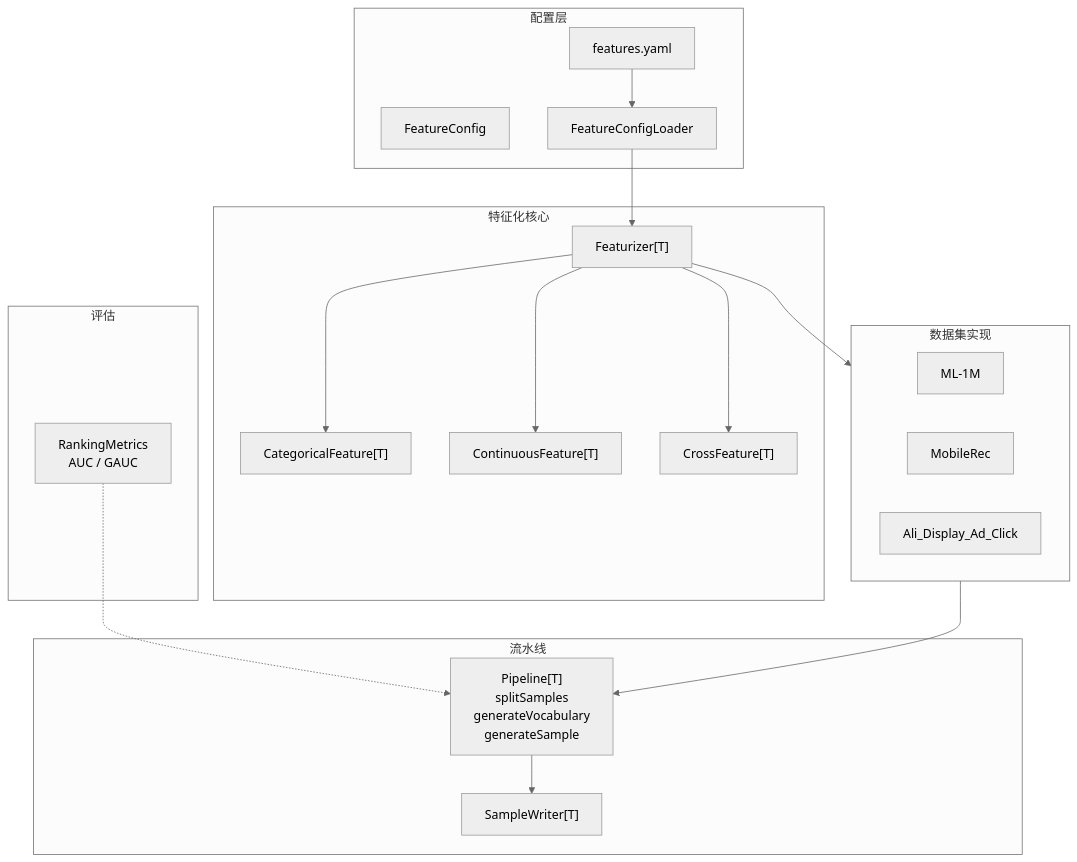
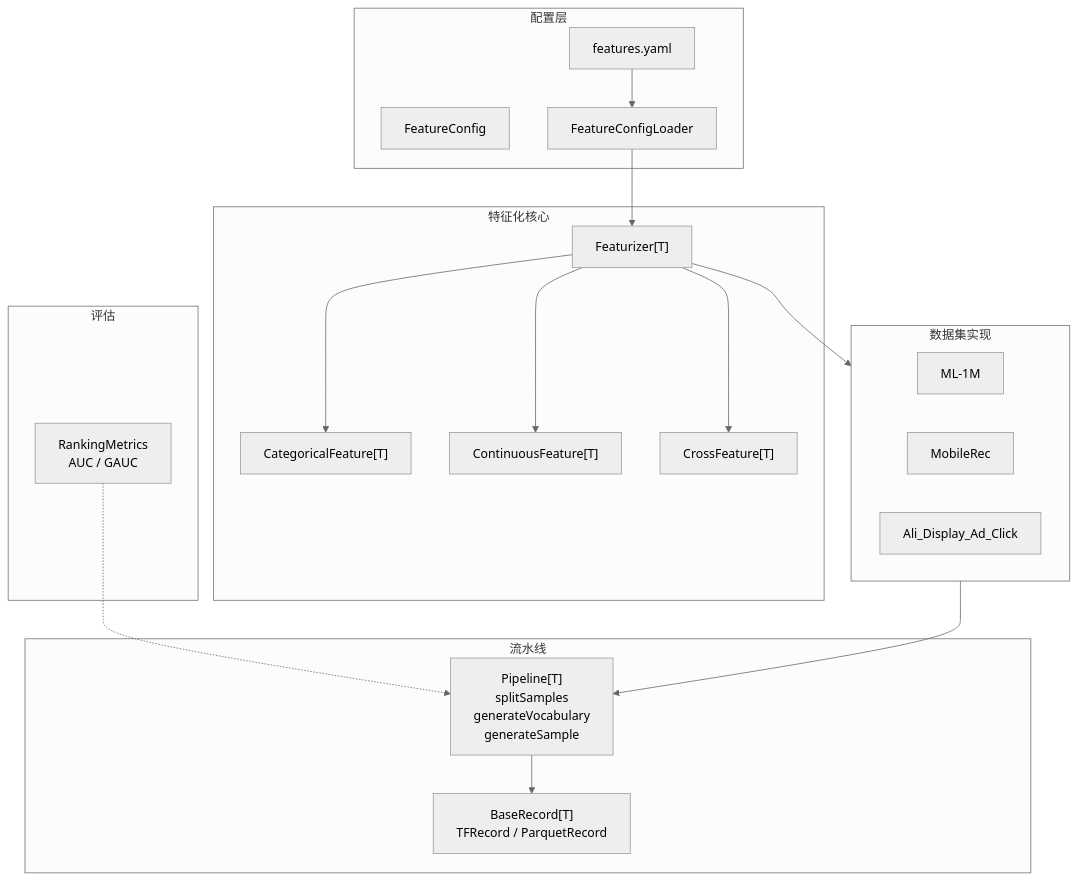
Before and after one commit to shardzhang/gerbil-data: the second of 2 diagrams in README_CH.md, drawn with Mermaid (neutral theme). The commit also changed other lines of this file and 1 other file, not shown here.

Commit message:
docs: update README to reflect BaseRecord, serde files, and current pipeline architecture

````diff
--- a/README_CH.md
+++ b/README_CH.md
@@ -133,37 +137,37 @@
 ```mermaid
 flowchart TD
     subgraph Config["配置层"]
         YAML["features.yaml"]
         FC["FeatureConfig"]
         CL["FeatureConfigLoader"]
     end
 
     subgraph Core["特征化核心"]
         FE["Featurizer[T]"]
         CF["CategoricalFeature[T]"]
         COF["ContinuousFeature[T]"]
         XF["CrossFeature[T]"]
     end
 
     subgraph DS["数据集实现"]
         M1["ML-1M"]
         MR["MobileRec"]
         AL["Ali_Display_Ad_Click"]
     end
 
     subgraph Pipe["流水线"]
         PL["Pipeline[T]<br/>splitSamples<br/>generateVocabulary<br/>generateSample"]
-        SW["SampleWriter[T]"]
+        BR["BaseRecord[T]<br/>TFRecord / ParquetRecord"]
     end
 
     subgraph Eval["评估"]
         RM["RankingMetrics<br/>AUC / GAUC"]
     end
 
     YAML --> CL --> FE
     FE --> CF & COF & XF
     FE --> DS
     DS --> PL
-    PL --> SW
+    PL --> BR
     RM -.-> PL
 ```
````
